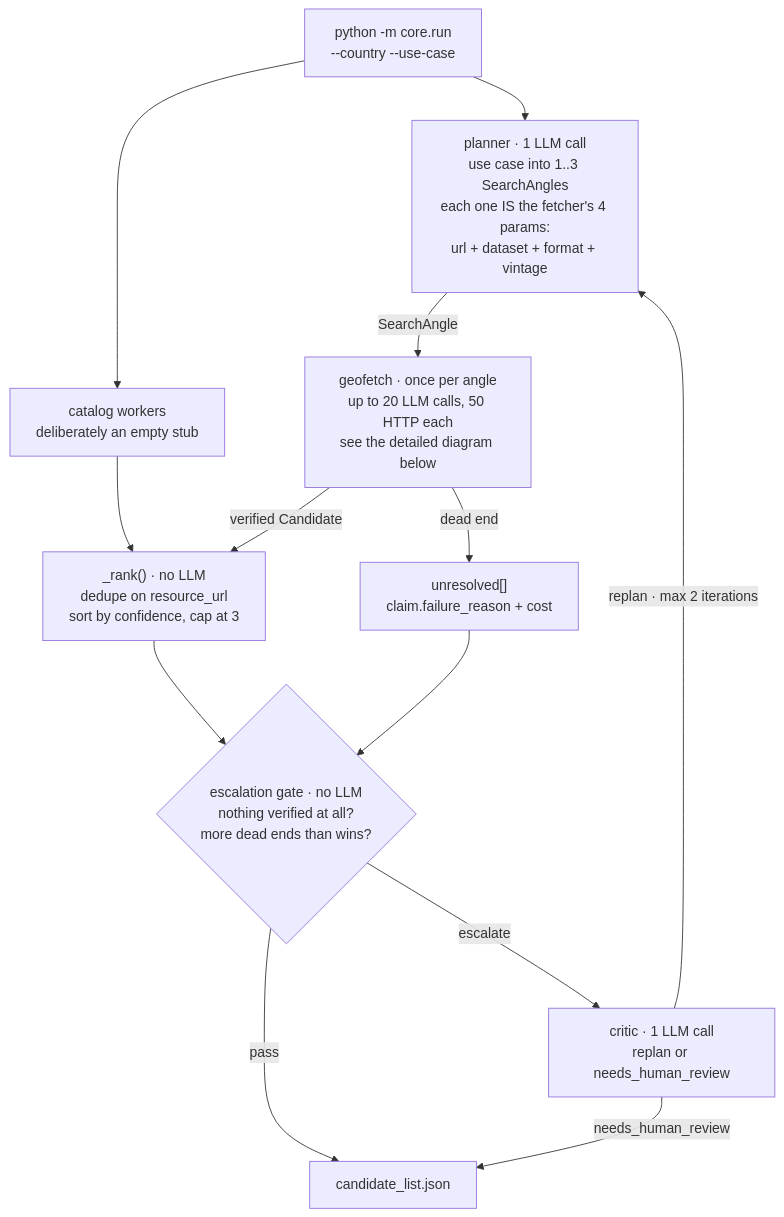
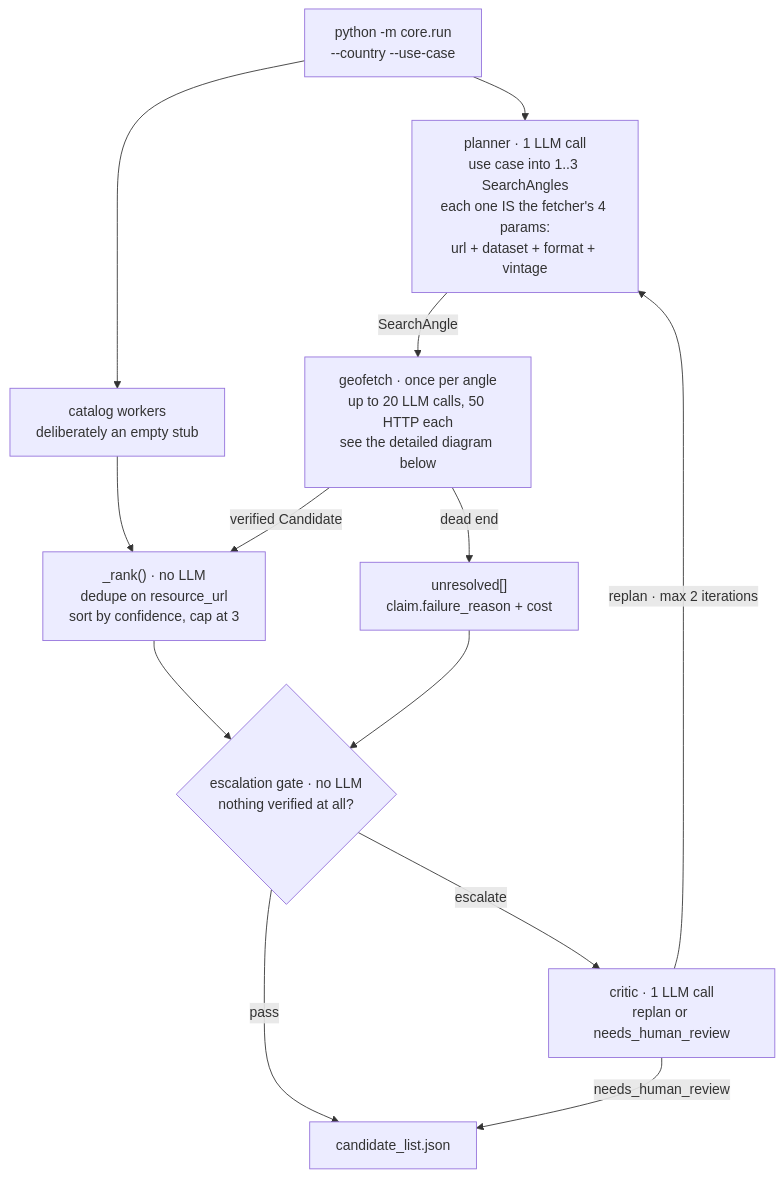
Before and after one commit to CommanderWahid/beegent: the first of 2 diagrams in README.md, drawn with Mermaid. The commit also changed 3 other files, not shown here.

````diff
--- a/README.md
+++ b/README.md
@@ -33,25 +33,25 @@
 ```mermaid
 flowchart TD
     IN["python -m core.run<br/>--country --use-case"]
     PLAN["planner · 1 LLM call<br/>use case into 1..3 SearchAngles<br/>each one IS the fetcher's 4 params:<br/>url + dataset + format + vintage"]
     CAT["catalog workers<br/>deliberately an empty stub"]
     GF["geofetch · once per angle<br/>up to 20 LLM calls, 50 HTTP each<br/>see the detailed diagram below"]
     RANK["_rank() · no LLM<br/>dedupe on resource_url<br/>sort by confidence, cap at 3"]
-    GATE{"escalation gate · no LLM<br/>nothing verified at all?<br/>more dead ends than wins?"}
+    GATE{"escalation gate · no LLM<br/>nothing verified at all?"}
     CRITIC["critic · 1 LLM call<br/>replan or needs_human_review"]
     UNRES["unresolved[]<br/>claim.failure_reason + cost"]
     OUT["candidate_list.json"]
 
     IN --> PLAN
     IN --> CAT
     PLAN -->|SearchAngle| GF
     CAT --> RANK
     GF -->|verified Candidate| RANK
     GF -->|dead end| UNRES
     RANK --> GATE
     UNRES --> GATE
     GATE -->|pass| OUT
     GATE -->|escalate| CRITIC
     CRITIC -->|replan · max 2 iterations| PLAN
     CRITIC -->|needs_human_review| OUT
 ```
````
